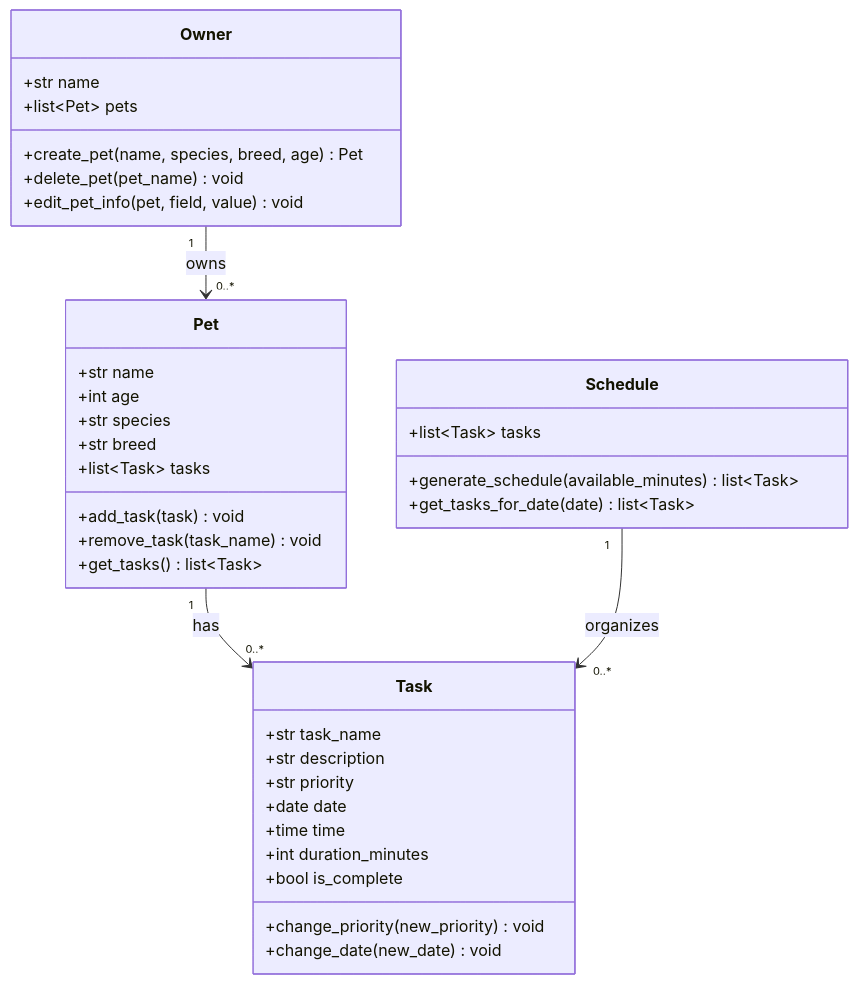
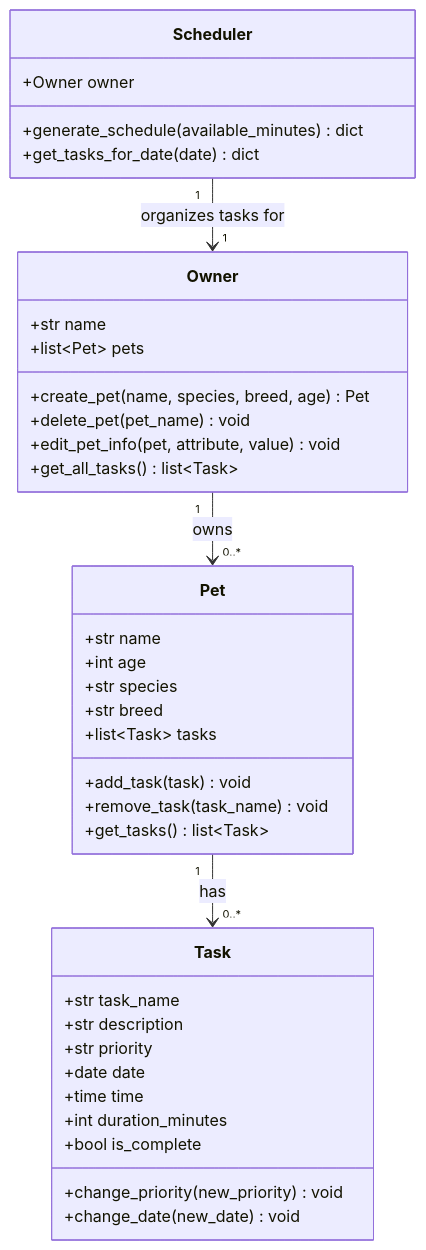
The diagram in diagrams/uml_draft.mmd (lktran1105/ai110-module2show-pawpal-starter), drawn with Mermaid before and after one commit. The commit also changed 4 other files, not shown here.

```diff
--- a/diagrams/uml_draft.mmd
+++ b/diagrams/uml_draft.mmd
@@ -1,41 +1,42 @@
 classDiagram
     class Owner {
         +str name
         +list~Pet~ pets
         +create_pet(name, species, breed, age) Pet
         +delete_pet(pet_name) void
-        +edit_pet_info(pet, field, value) void
+        +edit_pet_info(pet, attribute, value) void
+        +get_all_tasks() list~Task~
     }
 
     class Pet {
         +str name
         +int age
         +str species
         +str breed
         +list~Task~ tasks
         +add_task(task) void
         +remove_task(task_name) void
         +get_tasks() list~Task~
     }
 
     class Task {
         +str task_name
         +str description
         +str priority
         +date date
         +time time
         +int duration_minutes
         +bool is_complete
         +change_priority(new_priority) void
         +change_date(new_date) void
     }
 
-    class Schedule {
-        +list~Task~ tasks
-        +generate_schedule(available_minutes) list~Task~
-        +get_tasks_for_date(date) list~Task~
+    class Scheduler {
+        +Owner owner
+        +generate_schedule(available_minutes) dict
+        +get_tasks_for_date(date) dict
     }
 
     Owner "1" --> "0..*" Pet : owns
     Pet "1" --> "0..*" Task : has
-    Schedule "1" --> "0..*" Task : organizes
+    Scheduler "1" --> "1" Owner : organizes tasks for
```
